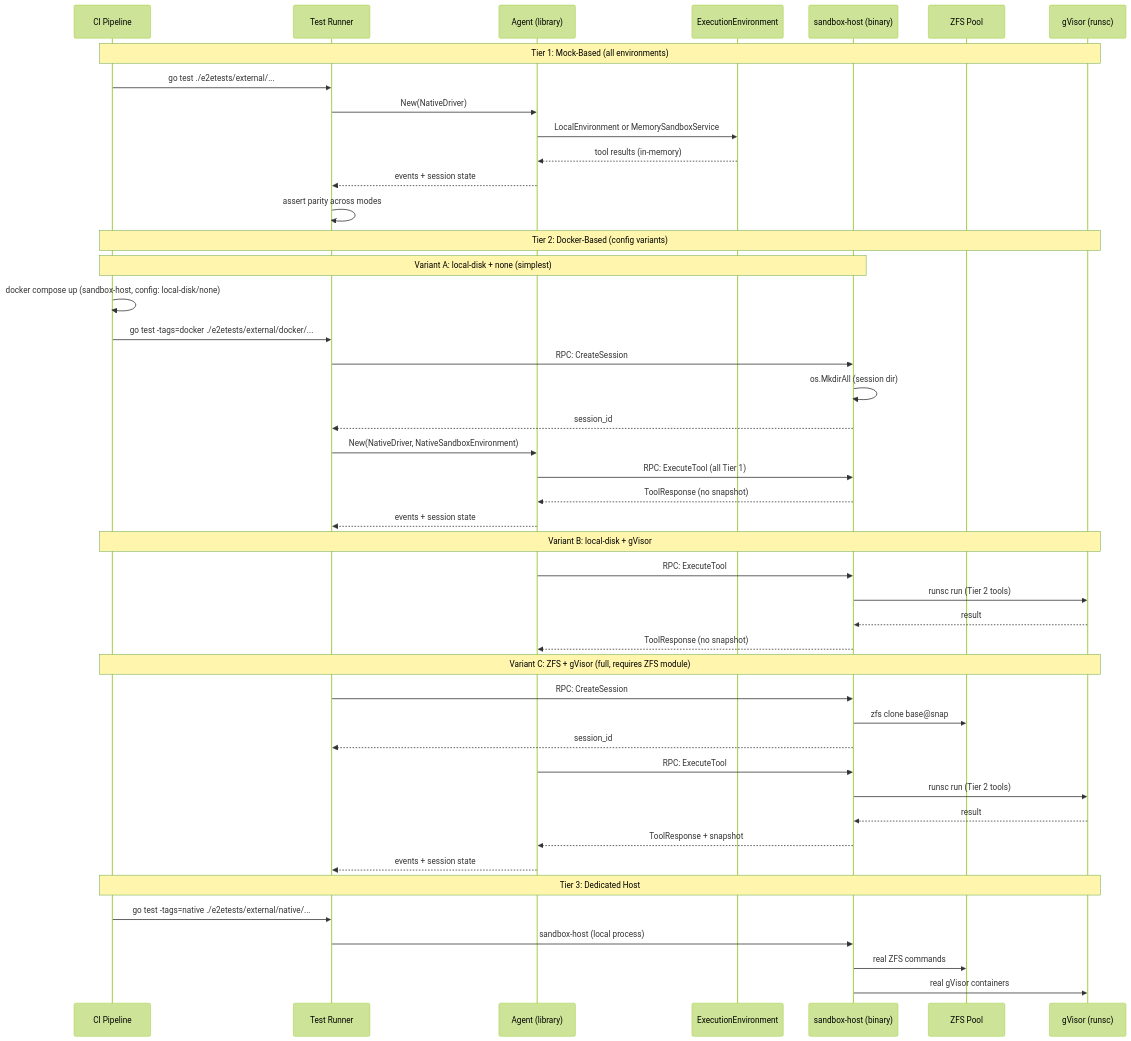
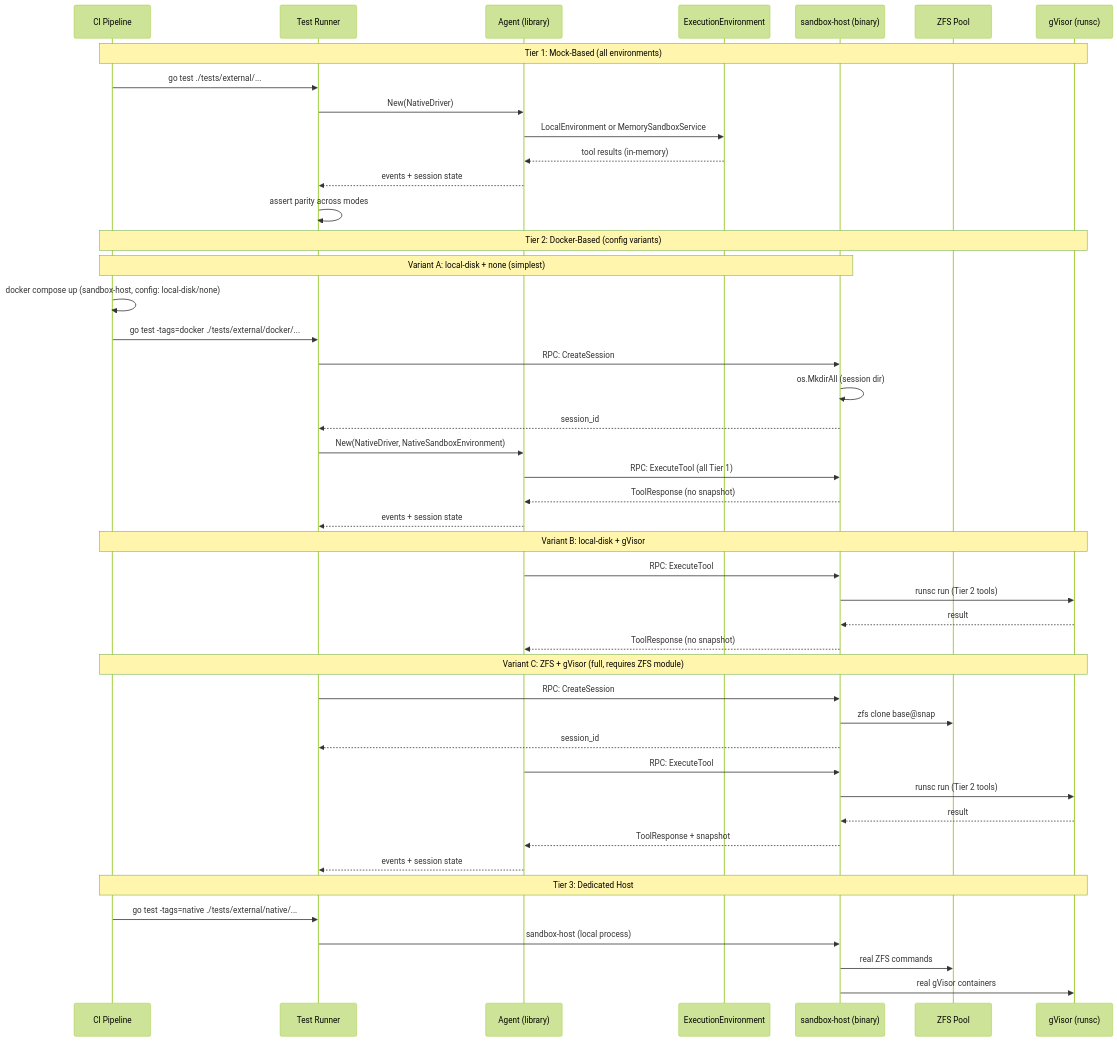
One commit to dcosson/flex-agent-runtime changed the second of 5 diagrams in docs/plans/17-external-testing.md. Above: the diagram before and after it, drawn with Mermaid (forest theme). The commit also changed other lines of this file and 156 other files, not shown here.

Commit message:
refactor(tests): move e2etests to tests dirs and update make targets

````diff
--- a/docs/plans/17-external-testing.md
+++ b/docs/plans/17-external-testing.md
@@ -331,53 +331,53 @@
 ```mermaid
 sequenceDiagram
     participant CI as CI Pipeline
     participant Test as Test Runner
     participant Agent as Agent (library)
     participant Env as ExecutionEnvironment
     participant SH as sandbox-host (binary)
     participant ZFS as ZFS Pool
     participant GV as gVisor (runsc)
 
     Note over CI,GV: Tier 1: Mock-Based (all environments)
-    CI->>Test: go test ./e2etests/external/...
+    CI->>Test: go test ./tests/external/...
     Test->>Agent: New(NativeDriver)
     Agent->>Env: LocalEnvironment or MemorySandboxService
     Env-->>Agent: tool results (in-memory)
     Agent-->>Test: events + session state
     Test->>Test: assert parity across modes
 
     Note over CI,GV: Tier 2: Docker-Based (config variants)
 
     Note over CI,SH: Variant A: local-disk + none (simplest)
     CI->>CI: docker compose up (sandbox-host, config: local-disk/none)
-    CI->>Test: go test -tags=docker ./e2etests/external/docker/...
+    CI->>Test: go test -tags=docker ./tests/external/docker/...
     Test->>SH: RPC: CreateSession
     SH->>SH: os.MkdirAll (session dir)
     SH-->>Test: session_id
     Test->>Agent: New(NativeDriver, NativeSandboxEnvironment)
     Agent->>SH: RPC: ExecuteTool (all Tier 1)
     SH-->>Agent: ToolResponse (no snapshot)
     Agent-->>Test: events + session state
 
     Note over CI,GV: Variant B: local-disk + gVisor
     Agent->>SH: RPC: ExecuteTool
     SH->>GV: runsc run (Tier 2 tools)
     GV-->>SH: result
     SH-->>Agent: ToolResponse (no snapshot)
 
     Note over CI,GV: Variant C: ZFS + gVisor (full, requires ZFS module)
     Test->>SH: RPC: CreateSession
     SH->>ZFS: zfs clone base@snap
     SH-->>Test: session_id
     Agent->>SH: RPC: ExecuteTool
     SH->>GV: runsc run (Tier 2 tools)
     GV-->>SH: result
     SH-->>Agent: ToolResponse + snapshot
     Agent-->>Test: events + session state
 
     Note over CI,GV: Tier 3: Dedicated Host
-    CI->>Test: go test -tags=native ./e2etests/external/native/...
+    CI->>Test: go test -tags=native ./tests/external/native/...
     Test->>SH: sandbox-host (local process)
     SH->>ZFS: real ZFS commands
     SH->>GV: real gVisor containers
 ```
````
